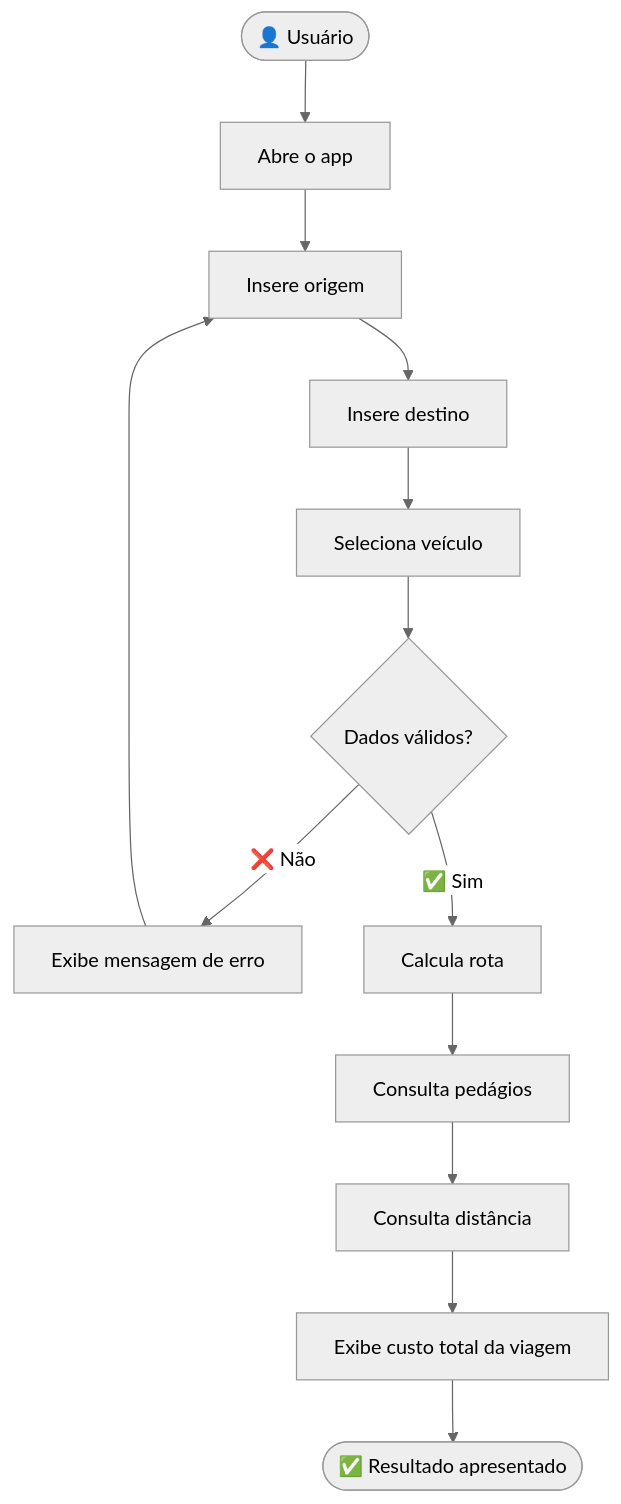
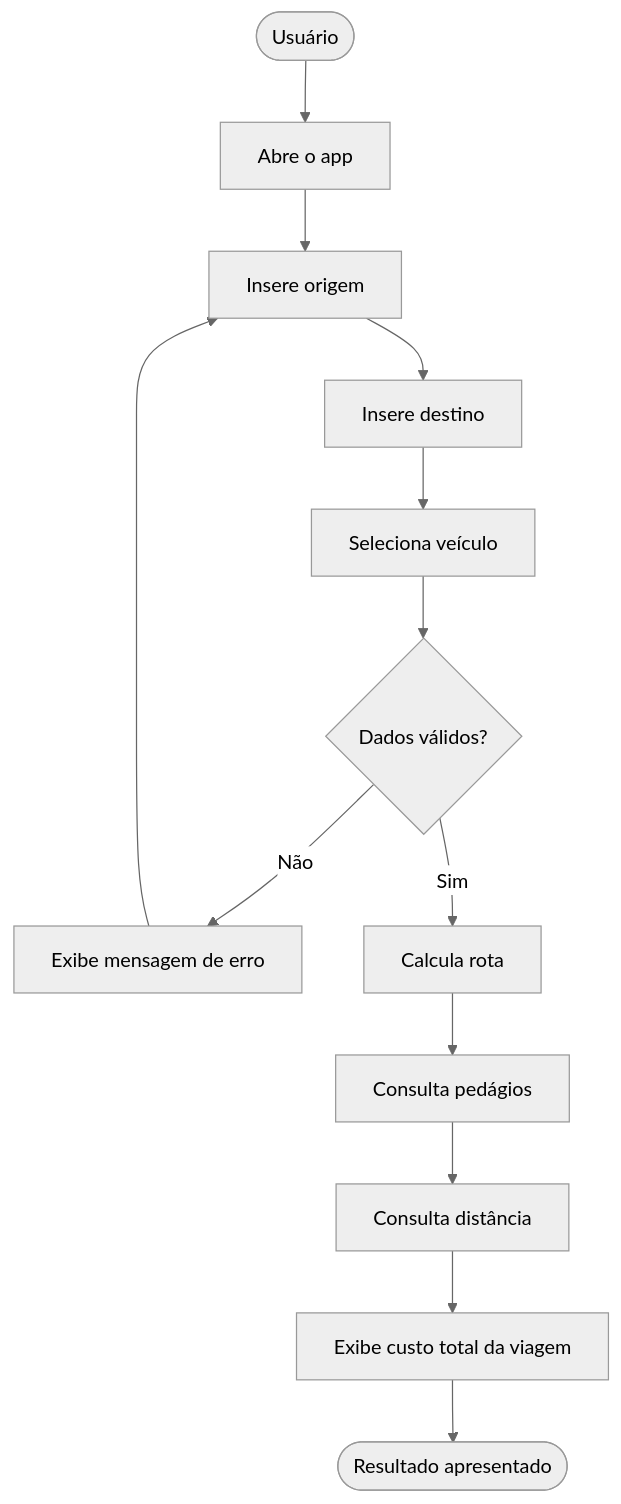
Before and after one commit to gabriellucasknp/Carbon-Defuse: the first of 10 diagrams in README.md, drawn with Mermaid (neutral theme). The commit also changed other lines of this file, not shown here.

Commit message:
Fix formatting and improve user story diagrams

````diff
--- a/README.md
+++ b/README.md
@@ -232,15 +232,15 @@
 ```mermaid
 flowchart TD
-    A([👤 Usuário]) --> B[Abre o app]
+    A([Usuário]) --> B[Abre o app]
     B --> C[Insere origem]
     C --> D[Insere destino]
     D --> E[Seleciona veículo]
     E --> F{Dados válidos?}
-    F -- ❌ Não --> G[Exibe mensagem de erro]
+    F -- Não --> G[Exibe mensagem de erro]
     G --> C
-    F -- ✅ Sim --> H[Calcula rota]
+    F -- Sim --> H[Calcula rota]
     H --> I[Consulta pedágios]
     I --> J[Consulta distância]
     J --> K[Exibe custo total da viagem]
-    K --> L([✅ Resultado apresentado])
+    K --> L([Resultado apresentado])
 ```
````
